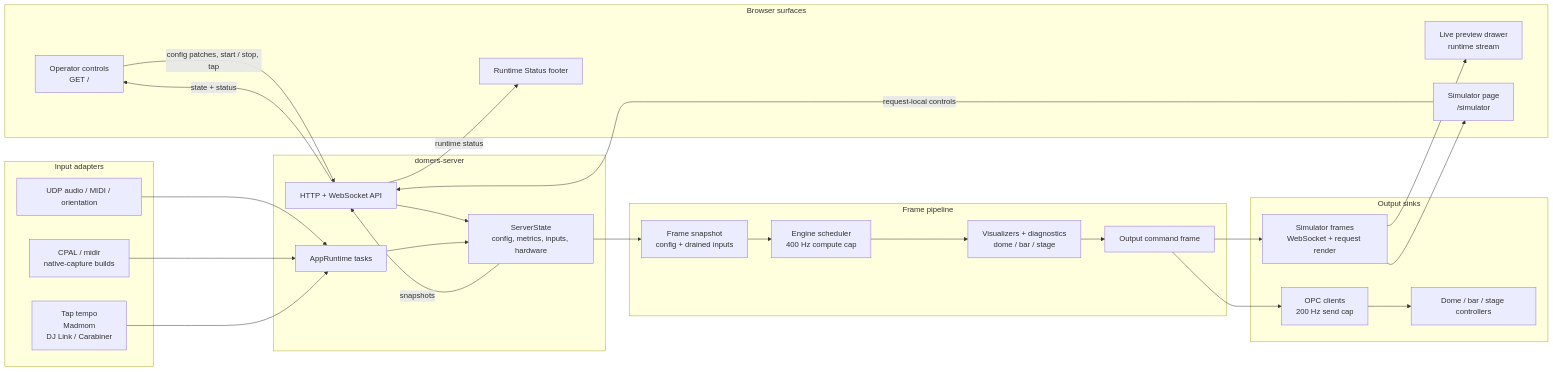
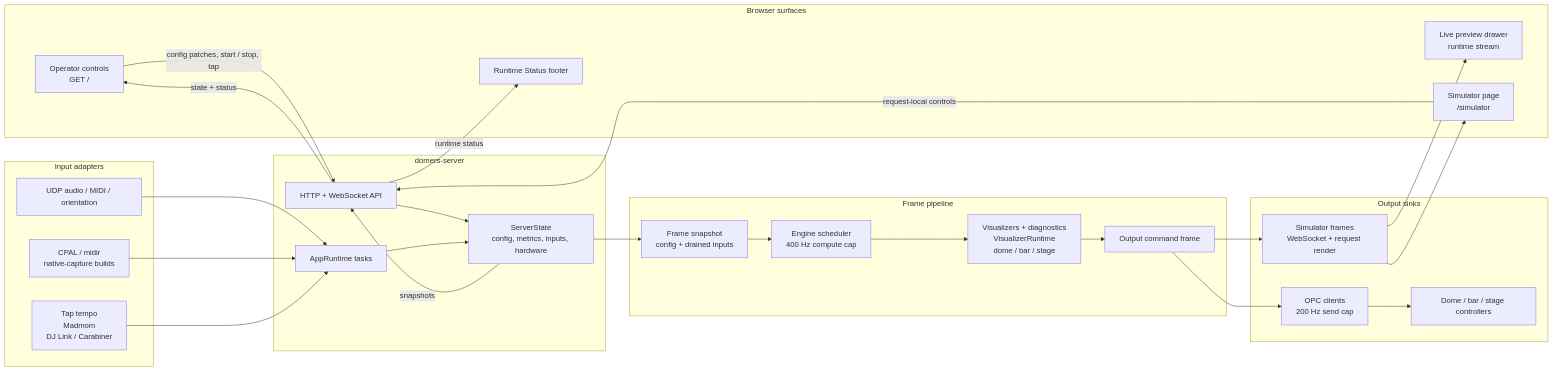
The diagram in docs/architecture.md (campmindshark/domers), drawn with Mermaid before and after one commit. The commit also changed other lines of this file and 48 other files, not shown here.

````diff
--- a/docs/architecture.md
+++ b/docs/architecture.md
@@ -17,54 +17,54 @@
 ```mermaid
 flowchart LR
   subgraph Browser["Browser surfaces"]
     Control["Operator controls<br/>GET /"]
     Preview["Live preview drawer<br/>runtime stream"]
     Sandbox["Simulator page<br/>/simulator"]
     Footer["Runtime Status footer"]
   end
 
   subgraph Server["domers-server"]
     Api["HTTP + WebSocket API"]
     State["ServerState<br/>config, metrics, inputs, hardware"]
     Runtime["AppRuntime tasks"]
   end
 
   subgraph Inputs["Input adapters"]
     Udp["UDP audio / MIDI / orientation"]
     Native["CPAL / midir<br/>native-capture builds"]
     Beat["Tap tempo<br/>Madmom<br/>DJ Link / Carabiner"]
   end
 
   subgraph Frame["Frame pipeline"]
     Snapshot["Frame snapshot<br/>config + drained inputs"]
     Scheduler["Engine scheduler<br/>400 Hz compute cap"]
-    Viz["Visualizers + diagnostics<br/>dome / bar / stage"]
+    Viz["Visualizers + diagnostics<br/>VisualizerRuntime<br/>dome / bar / stage"]
     Commands["Output command frame"]
   end
 
   subgraph Outputs["Output sinks"]
     Opc["OPC clients<br/>200 Hz send cap"]
     Hardware["Dome / bar / stage controllers"]
     Sim["Simulator frames<br/>WebSocket + request render"]
   end
 
   Control -->|"config patches, start / stop, tap"| Api
   Sandbox -->|"request-local controls"| Api
   Api --> State
   State -->|"snapshots"| Api
   Api -->|"state + status"| Control
   Api -->|"runtime status"| Footer
   Runtime --> State
   Udp --> Runtime
   Native --> Runtime
   Beat --> Runtime
   State --> Snapshot
   Snapshot --> Scheduler
   Scheduler --> Viz
   Viz --> Commands
   Commands --> Opc
   Opc --> Hardware
   Commands --> Sim
   Sim --> Preview
   Sim --> Sandbox
 ```
````
